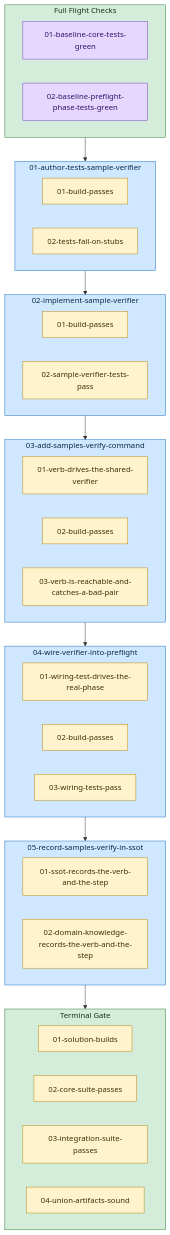
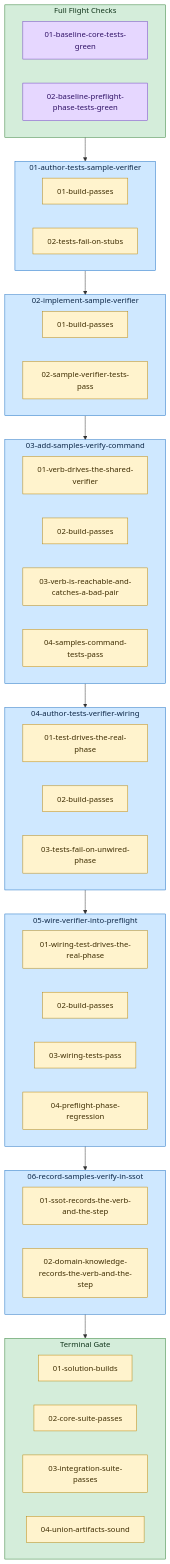
One commit to Servant-Software-LLC/Guardrails changed the diagram in docs/plans/26-guardrail-quality-gate/diagram.md. Above: the diagram before and after it, drawn with Mermaid. The commit also changed other lines of this file and 39 other files, not shown here.

First line of the commit message:
fix(plan-26): close the review's BLOCKER — split the wiring task so a hollow test cannot pass

````diff
--- a/docs/plans/26-guardrail-quality-gate/diagram.md
+++ b/docs/plans/26-guardrail-quality-gate/diagram.md
@@ -3,50 +3,59 @@
 ```mermaid
 flowchart TD
   subgraph plan_preflights["Full Flight Checks"]
     plan_preflights_0["01-baseline-core-tests-green"]:::preflight
     plan_preflights_1["02-baseline-preflight-phase-tests-green"]:::preflight
   end
   style plan_preflights fill:#d4edda,stroke:#2e7d32,color:#10341a;
   subgraph task_01_author_tests_sample_verifier["01-author-tests-sample-verifier"]
     task_01_author_tests_sample_verifier_gr_0["01-build-passes"]:::guardrail
     task_01_author_tests_sample_verifier_gr_1["02-tests-fail-on-stubs"]:::guardrail
   end
   style task_01_author_tests_sample_verifier fill:#cfe8ff,stroke:#1b6ec2,color:#0b2545;
   subgraph task_02_implement_sample_verifier["02-implement-sample-verifier"]
     task_02_implement_sample_verifier_gr_0["01-build-passes"]:::guardrail
     task_02_implement_sample_verifier_gr_1["02-sample-verifier-tests-pass"]:::guardrail
   end
   style task_02_implement_sample_verifier fill:#cfe8ff,stroke:#1b6ec2,color:#0b2545;
   subgraph task_03_add_samples_verify_command["03-add-samples-verify-command"]
     task_03_add_samples_verify_command_gr_0["01-verb-drives-the-shared-verifier"]:::guardrail
     task_03_add_samples_verify_command_gr_1["02-build-passes"]:::guardrail
     task_03_add_samples_verify_command_gr_2["03-verb-is-reachable-and-catches-a-bad-pair"]:::guardrail
+    task_03_add_samples_verify_command_gr_3["04-samples-command-tests-pass"]:::guardrail
   end
   style task_03_add_samples_verify_command fill:#cfe8ff,stroke:#1b6ec2,color:#0b2545;
-  subgraph task_04_wire_verifier_into_preflight["04-wire-verifier-into-preflight"]
-    task_04_wire_verifier_into_preflight_gr_0["01-wiring-test-drives-the-real-phase"]:::guardrail
-    task_04_wire_verifier_into_preflight_gr_1["02-build-passes"]:::guardrail
-    task_04_wire_verifier_into_preflight_gr_2["03-wiring-tests-pass"]:::guardrail
+  subgraph task_04_author_tests_verifier_wiring["04-author-tests-verifier-wiring"]
+    task_04_author_tests_verifier_wiring_gr_0["01-test-drives-the-real-phase"]:::guardrail
+    task_04_author_tests_verifier_wiring_gr_1["02-build-passes"]:::guardrail
+    task_04_author_tests_verifier_wiring_gr_2["03-tests-fail-on-unwired-phase"]:::guardrail
   end
-  style task_04_wire_verifier_into_preflight fill:#cfe8ff,stroke:#1b6ec2,color:#0b2545;
-  subgraph task_05_record_samples_verify_in_ssot["05-record-samples-verify-in-ssot"]
-    task_05_record_samples_verify_in_ssot_gr_0["01-ssot-records-the-verb-and-the-step"]:::guardrail
-    task_05_record_samples_verify_in_ssot_gr_1["02-domain-knowledge-records-the-verb-and-the-step"]:::guardrail
+  style task_04_author_tests_verifier_wiring fill:#cfe8ff,stroke:#1b6ec2,color:#0b2545;
+  subgraph task_05_wire_verifier_into_preflight["05-wire-verifier-into-preflight"]
+    task_05_wire_verifier_into_preflight_gr_0["01-wiring-test-drives-the-real-phase"]:::guardrail
+    task_05_wire_verifier_into_preflight_gr_1["02-build-passes"]:::guardrail
+    task_05_wire_verifier_into_preflight_gr_2["03-wiring-tests-pass"]:::guardrail
+    task_05_wire_verifier_into_preflight_gr_3["04-preflight-phase-regression"]:::guardrail
   end
-  style task_05_record_samples_verify_in_ssot fill:#cfe8ff,stroke:#1b6ec2,color:#0b2545;
+  style task_05_wire_verifier_into_preflight fill:#cfe8ff,stroke:#1b6ec2,color:#0b2545;
+  subgraph task_06_record_samples_verify_in_ssot["06-record-samples-verify-in-ssot"]
+    task_06_record_samples_verify_in_ssot_gr_0["01-ssot-records-the-verb-and-the-step"]:::guardrail
+    task_06_record_samples_verify_in_ssot_gr_1["02-domain-knowledge-records-the-verb-and-the-step"]:::guardrail
+  end
+  style task_06_record_samples_verify_in_ssot fill:#cfe8ff,stroke:#1b6ec2,color:#0b2545;
   subgraph plan_guardrails["Terminal Gate"]
     plan_guardrails_0["01-solution-builds"]:::guardrail
     plan_guardrails_1["02-core-suite-passes"]:::guardrail
     plan_guardrails_2["03-integration-suite-passes"]:::guardrail
     plan_guardrails_3["04-union-artifacts-sound"]:::guardrail
   end
   style plan_guardrails fill:#d4edda,stroke:#2e7d32,color:#10341a;
   plan_preflights --> task_01_author_tests_sample_verifier
   task_01_author_tests_sample_verifier --> task_02_implement_sample_verifier
   task_02_implement_sample_verifier --> task_03_add_samples_verify_command
-  task_03_add_samples_verify_command --> task_04_wire_verifier_into_preflight
-  task_04_wire_verifier_into_preflight --> task_05_record_samples_verify_in_ssot
-  task_05_record_samples_verify_in_ssot --> plan_guardrails
+  task_03_add_samples_verify_command --> task_04_author_tests_verifier_wiring
+  task_04_author_tests_verifier_wiring --> task_05_wire_verifier_into_preflight
+  task_05_wire_verifier_into_preflight --> task_06_record_samples_verify_in_ssot
+  task_06_record_samples_verify_in_ssot --> plan_guardrails
   classDef preflight fill:#e6d7ff,stroke:#6f42c1,color:#2e1065;
   classDef guardrail fill:#fff3cd,stroke:#b8860b,color:#3d2c00;
 ```
````
